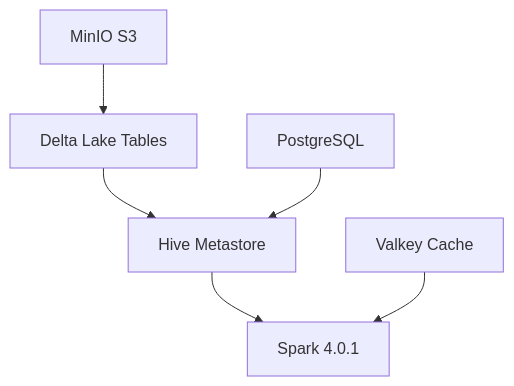
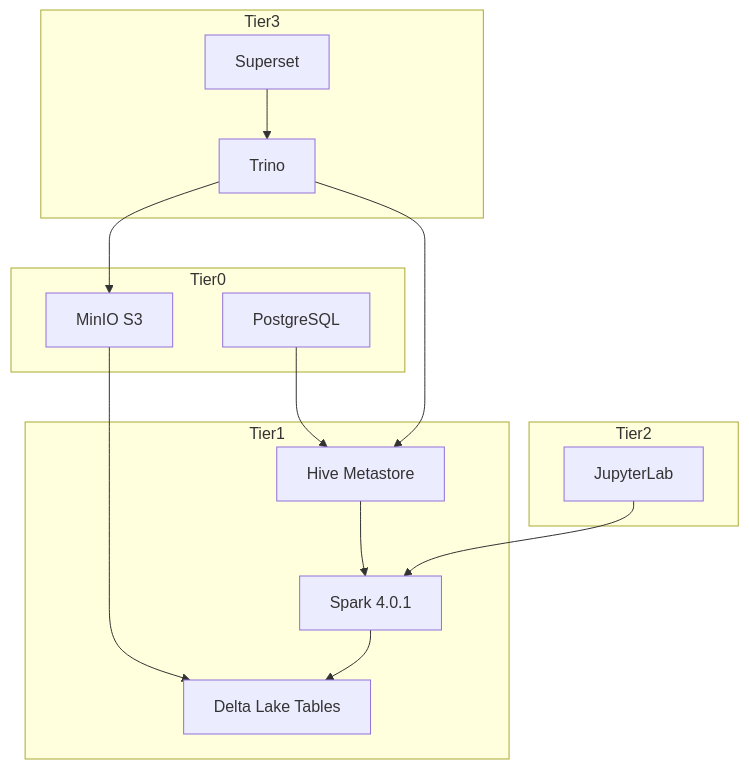
The diagram in docs/index.md (P-Bao/FlumenData), drawn with Mermaid before and after one commit. The commit also changed other lines of this file and 42 other files, not shown here.

````diff
--- a/docs/index.md
+++ b/docs/index.md
@@ -31,8 +32,28 @@
 ```mermaid
 graph TD
-    A[MinIO S3] --> B[Delta Lake Tables]
-    B --> C[Hive Metastore]
-    C --> D[Spark 4.0.1]
-    E[PostgreSQL] --> C
-    F[Valkey Cache] --> D
+    subgraph Tier0
+        MINIO[MinIO S3]
+        POSTGRES[PostgreSQL]
+    end
+    subgraph Tier1
+        SPARK[Spark 4.0.1]
+        HIVE[Hive Metastore]
+        DELTA[Delta Lake Tables]
+    end
+    subgraph Tier2
+        JUPYTER[JupyterLab]
+    end
+    subgraph Tier3
+        TRINO[Trino]
+        SUPERSET[Superset]
+    end
+
+    MINIO --> DELTA
+    POSTGRES --> HIVE
+    HIVE --> SPARK
+    SPARK --> DELTA
+    TRINO --> HIVE
+    TRINO --> MINIO
+    SUPERSET --> TRINO
+    JUPYTER --> SPARK
 ```
````
